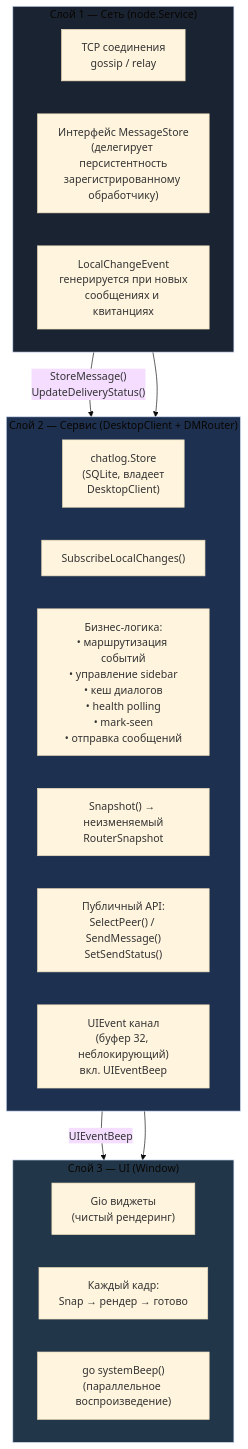
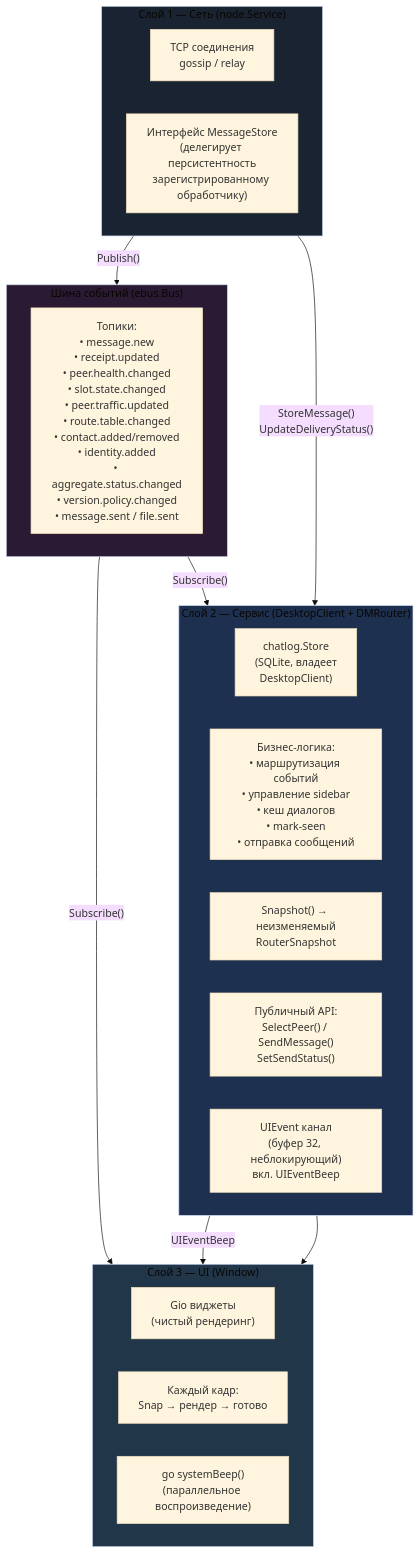
One commit to piratecash/corsa changed the third of 4 diagrams in docs/dm_router.md. Above: the diagram before and after it, drawn with Mermaid (base theme). The commit also changed other lines of this file and 75 other files, not shown here.

First line of the commit message:
refactor(ebus): introduce async topic bus and move node state propagation onto ebus

````diff
--- a/docs/dm_router.md
+++ b/docs/dm_router.md
@@ -460,35 +569,41 @@
 ```mermaid
 flowchart TB
     subgraph L1["Слой 1 — Сеть (node.Service)"]
         direction LR
         TCP["TCP соединения\ngossip / relay"]
         MSTORE["Интерфейс MessageStore\n(делегирует персистентность\nзарегистрированному обработчику)"]
-        EVENTS_OUT["LocalChangeEvent\nгенерируется при новых\nсообщениях и квитанциях"]
+    end
+
+    subgraph EBUS["Шина событий (ebus.Bus)"]
+        direction LR
+        TOPICS["Топики:\n• message.new\n• receipt.updated\n• peer.health.changed\n• slot.state.changed\n• peer.traffic.updated\n• route.table.changed\n• contact.added/removed\n• identity.added\n• aggregate.status.changed\n• version.policy.changed\n• message.sent / file.sent"]
     end
 
     subgraph L2["Слой 2 — Сервис (DesktopClient + DMRouter)"]
         direction LR
         CHATLOG["chatlog.Store\n(SQLite, владеет\nDesktopClient)"]
-        SUBSCRIBE["SubscribeLocalChanges()"]
-        BUSINESS["Бизнес-логика:\n• маршрутизация событий\n• управление sidebar\n• кеш диалогов\n• health polling\n• mark-seen\n• отправка сообщений"]
+        BUSINESS["Бизнес-логика:\n• маршрутизация событий\n• управление sidebar\n• кеш диалогов\n• mark-seen\n• отправка сообщений"]
         SNAPSHOT["Snapshot() → неизменяемый\nRouterSnapshot"]
         API["Публичный API:\nSelectPeer() / SendMessage()\nSetSendStatus()"]
         UIEVENTS["UIEvent канал\n(буфер 32, неблокирующий)\nвкл. UIEventBeep"]
     end
 
     subgraph L3["Слой 3 — UI (Window)"]
         direction LR
         GIO["Gio виджеты\n(чистый рендеринг)"]
         FRAME["Каждый кадр:\nSnap → рендер → готово"]
         BEEP["go systemBeep()\n(параллельное воспроизведение)"]
     end
 
-    L1 --> L2
+    L1 -->|"Publish()"| EBUS
+    EBUS -->|"Subscribe()"| L2
+    EBUS -->|"Subscribe()"| L3
     L2 --> L3
     MSTORE -->|"StoreMessage()\nUpdateDeliveryStatus()"| CHATLOG
     UIEVENTS -->|"UIEventBeep"| BEEP
 
     style L1 fill:#1a2332
+    style EBUS fill:#2a1a33
     style L2 fill:#1e3050
     style L3 fill:#22364a
 ```
````
